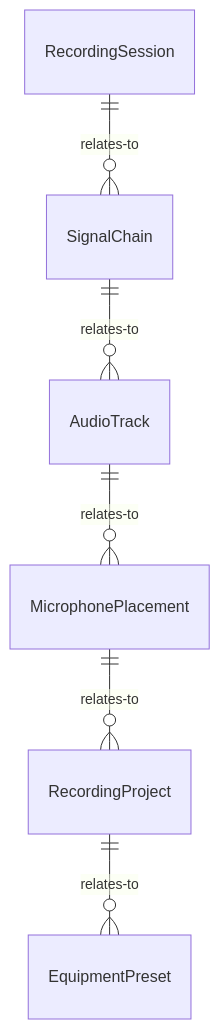
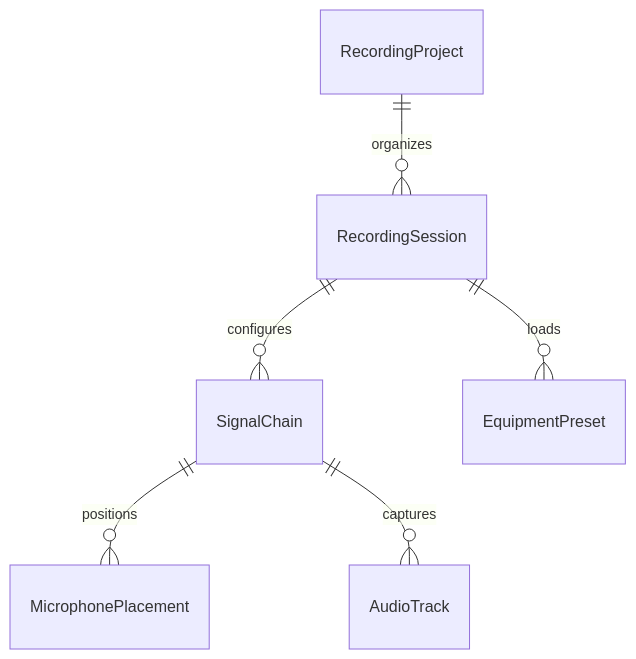
The first of 4 diagrams in ControllingMachinesAndProcesses/OperateAudiovisualOrRelatedEquipment/OperateAudioRecordingEquipment.mdx (dot-org-ai/tasks.org.ai), drawn with Mermaid before and after one commit. The commit also changed other lines of this file and 515 other files, not shown here.

````diff
--- a/ControllingMachinesAndProcesses/OperateAudiovisualOrRelatedEquipment/OperateAudioRecordingEquipment.mdx
+++ b/ControllingMachinesAndProcesses/OperateAudiovisualOrRelatedEquipment/OperateAudioRecordingEquipment.mdx
@@ -87,8 +87,8 @@
 ```mermaid
 erDiagram
-    RecordingSession ||--o{ SignalChain : relates-to
-    SignalChain ||--o{ AudioTrack : relates-to
-    AudioTrack ||--o{ MicrophonePlacement : relates-to
-    MicrophonePlacement ||--o{ RecordingProject : relates-to
-    RecordingProject ||--o{ EquipmentPreset : relates-to
+    RecordingProject ||--o{ RecordingSession : organizes
+    RecordingSession ||--o{ SignalChain : configures
+    SignalChain ||--o{ MicrophonePlacement : positions
+    SignalChain ||--o{ AudioTrack : captures
+    RecordingSession ||--o{ EquipmentPreset : loads
 ```
````
